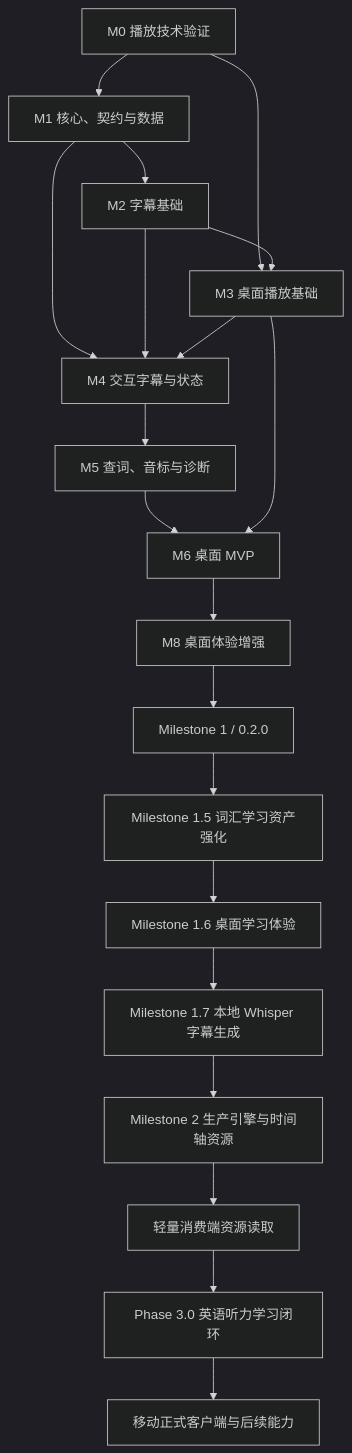
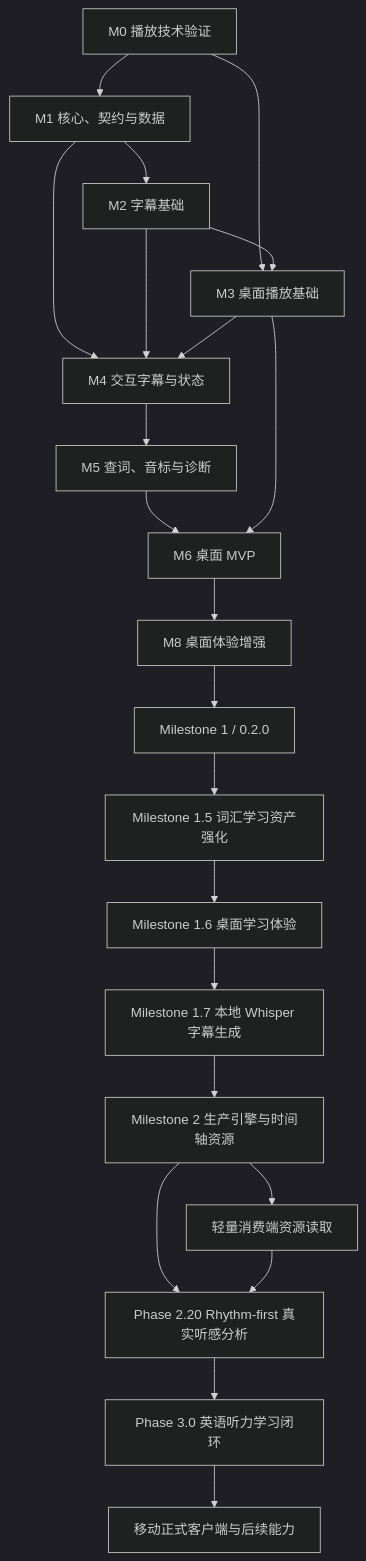
Before and after one commit to ichthyoplanktonzyh/listen: the diagram in core/.planning/ROADMAP.md, drawn with Mermaid (dark theme). The commit also changed other lines of this file and 9 other files, not shown here.

Commit message:
docs: start phase 2.20 rhythm-first analysis

````diff
--- a/core/.planning/ROADMAP.md
+++ b/core/.planning/ROADMAP.md
@@ -1358,22 +1411,24 @@
 ```mermaid
 flowchart TD
     M0["M0 播放技术验证"] --> M1["M1 核心、契约与数据"]
     M0 --> M3["M3 桌面播放基础"]
     M1 --> M2["M2 字幕基础"]
     M2 --> M3
     M1 --> M4["M4 交互字幕与状态"]
     M2 --> M4
     M3 --> M4
     M4 --> M5["M5 查词、音标与诊断"]
     M5 --> M6["M6 桌面 MVP"]
     M3 --> M6
     M6 --> M8["M8 桌面体验增强"]
     M8 --> MS1["Milestone 1 / 0.2.0"]
     MS1 --> M15["Milestone 1.5 词汇学习资产强化"]
     M15 --> M16["Milestone 1.6 桌面学习体验"]
     M16 --> M17["Milestone 1.7 本地 Whisper 字幕生成"]
     M17 --> M2P["Milestone 2 生产引擎与时间轴资源"]
     M2P --> M2C["轻量消费端资源读取"]
-    M2C --> M30["Phase 3.0 英语听力学习闭环"]
+    M2P --> M2RHY["Phase 2.20 Rhythm-first 真实听感分析"]
+    M2C --> M2RHY
+    M2RHY --> M30["Phase 3.0 英语听力学习闭环"]
     M30 --> FUTURE["移动正式客户端与后续能力"]
 ```
````
